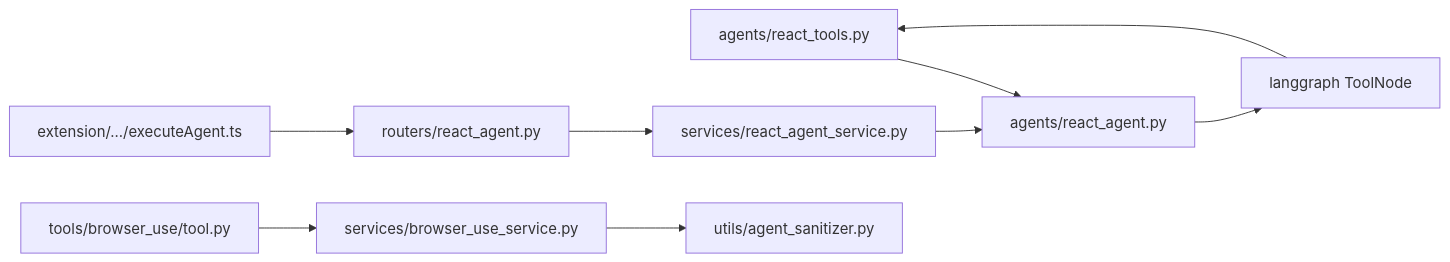
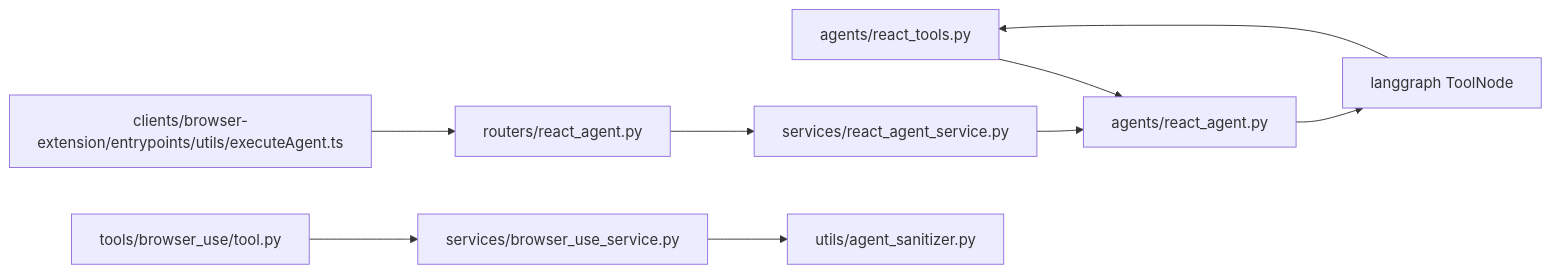
The sixth of 6 diagrams in src/data/docs/agentic-browser/AI Agent System/Tool Integration System.md (tashifkhan/tashif.codes), drawn with Mermaid before and after one commit. The commit also changed other lines of this file and 2128 other files, not shown here.

First line of the commit message:
docs: replace raster diagram images with native Mermaid across project guides

````diff
--- a/src/data/docs/agentic-browser/AI Agent System/Tool Integration System.md
+++ b/src/data/docs/agentic-browser/AI Agent System/Tool Integration System.md
@@ -198,11 +198,11 @@
 ```mermaid
 graph LR
 RT["agents/react_tools.py"] --> RA["agents/react_agent.py"]
 RA --> LG["langgraph ToolNode"]
 LG --> RT
-EA["extension/.../executeAgent.ts"] --> API["routers/react_agent.py"]
+EA["clients/browser-extension/entrypoints/utils/executeAgent.ts"] --> API["routers/react_agent.py"]
 API --> SVC["services/react_agent_service.py"]
 SVC --> RA
 BA["tools/browser_use/tool.py"] --> BUS["services/browser_use_service.py"]
 BUS --> AS["utils/agent_sanitizer.py"]
 ```
````
